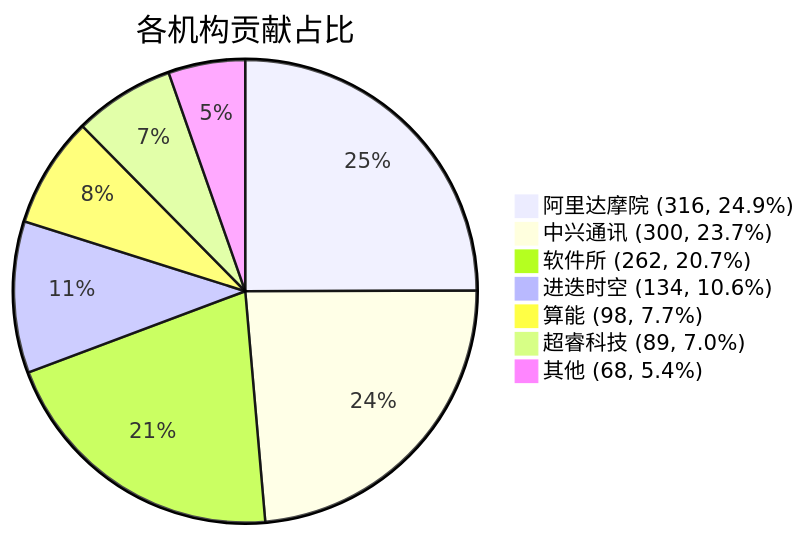
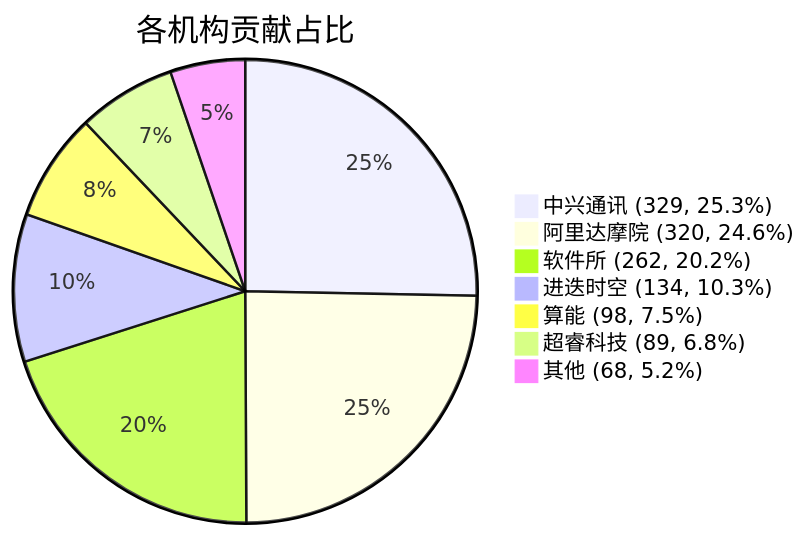
The diagram in docs/index.md (RVCK-Project/rvck), drawn with Mermaid before and after one commit. The commit also changed other lines of this file and 20 other files, not shown here.

````diff
--- a/docs/index.md
+++ b/docs/index.md
@@ -39,10 +39,10 @@
 ```mermaid
 pie title 各机构贡献占比
-    "阿里达摩院 (316, 24.9%)" : 316
-    "中兴通讯 (300, 23.7%)" : 300
-    "软件所 (262, 20.7%)" : 262
-    "进迭时空 (134, 10.6%)" : 134
-    "算能 (98, 7.7%)" : 98
-    "超睿科技 (89, 7.0%)" : 89
-    "其他 (68, 5.4%)" : 68
+    "中兴通讯 (329, 25.3%)" : 329
+    "阿里达摩院 (320, 24.6%)" : 320
+    "软件所 (262, 20.2%)" : 262
+    "进迭时空 (134, 10.3%)" : 134
+    "算能 (98, 7.5%)" : 98
+    "超睿科技 (89, 6.8%)" : 89
+    "其他 (68, 5.2%)" : 68
 ```
````
